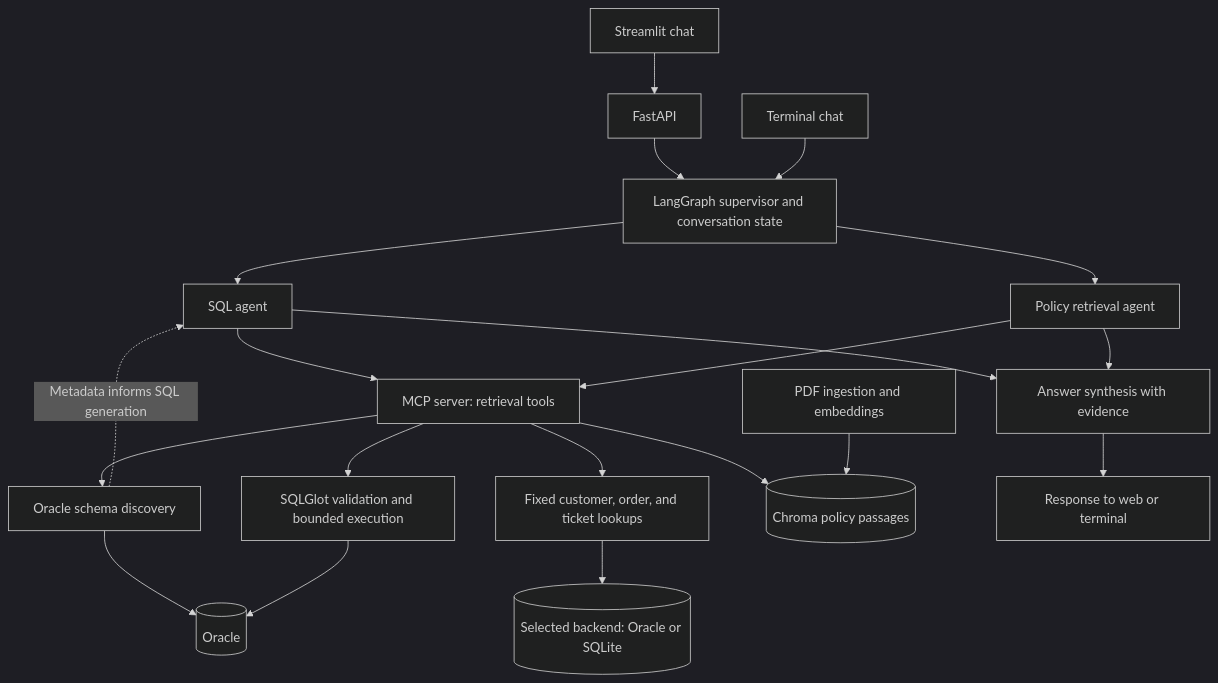
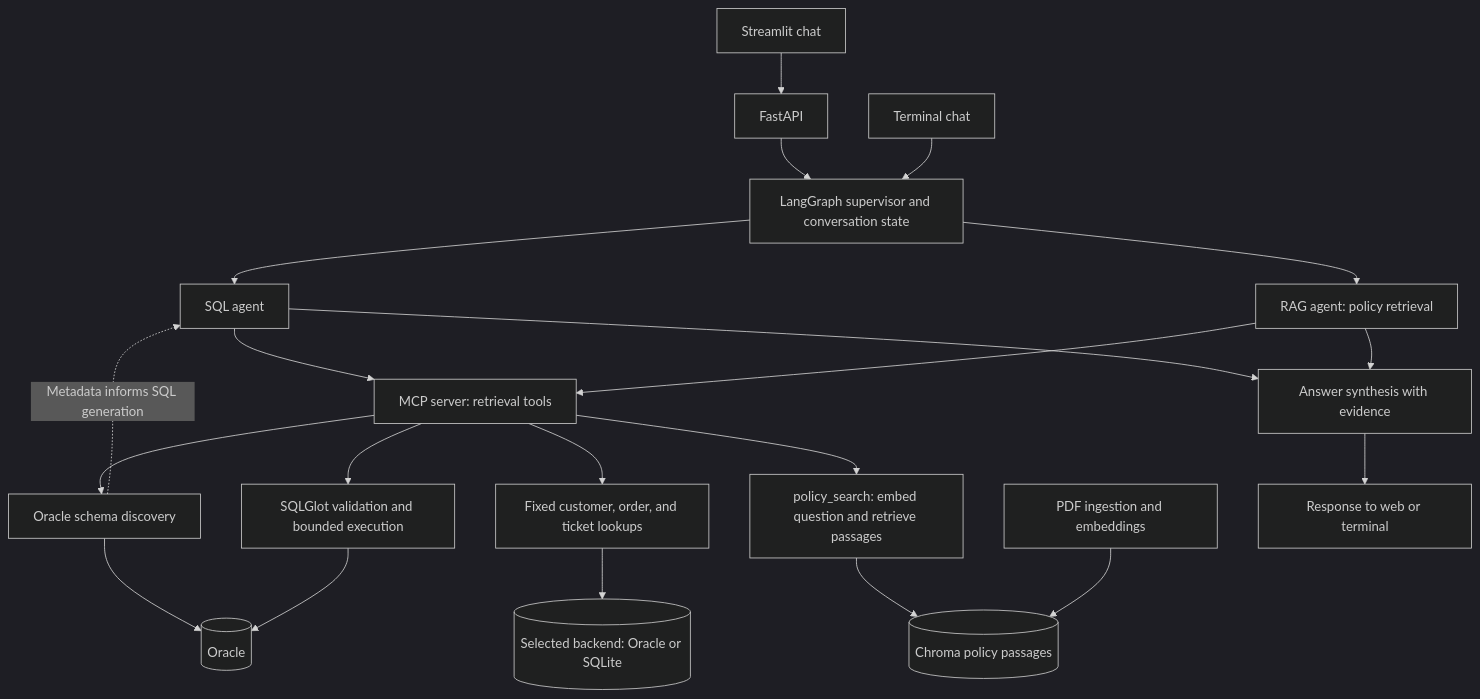
Before and after one commit to AsserIsmail/customer-support-multi-agent: the diagram in README.md, drawn with Mermaid (dark theme). The commit also changed other lines of this file, not shown here.

````diff
--- a/README.md
+++ b/README.md
@@ -19,22 +19,23 @@
 ```mermaid
 flowchart TD
     UI[Streamlit chat] --> API[FastAPI]
     API --> GRAPH[LangGraph supervisor and conversation state]
     CLI[Terminal chat] --> GRAPH
     GRAPH --> SQL[SQL agent]
-    GRAPH --> RAG[Policy retrieval agent]
+    GRAPH --> RAG[RAG agent: policy retrieval]
     SQL --> MCP[MCP server: retrieval tools]
     RAG --> MCP
     MCP --> DISC[Oracle schema discovery]
     DISC --> ORACLE[(Oracle)]
     DISC -. Metadata informs SQL generation .-> SQL
     MCP --> VALID[SQLGlot validation and bounded execution]
     VALID --> ORACLE
     MCP --> LOOKUP[Fixed customer, order, and ticket lookups]
     LOOKUP --> DB[(Selected backend: Oracle or SQLite)]
-    MCP --> CHROMA[(Chroma policy passages)]
+    MCP --> SEARCH[policy_search: embed question and retrieve passages]
+    SEARCH --> CHROMA[(Chroma policy passages)]
     PDF[PDF ingestion and embeddings] --> CHROMA
     SQL --> ANSWER[Answer synthesis with evidence]
     RAG --> ANSWER
     ANSWER --> CLIENT[Response to web or terminal]
 ```
````
